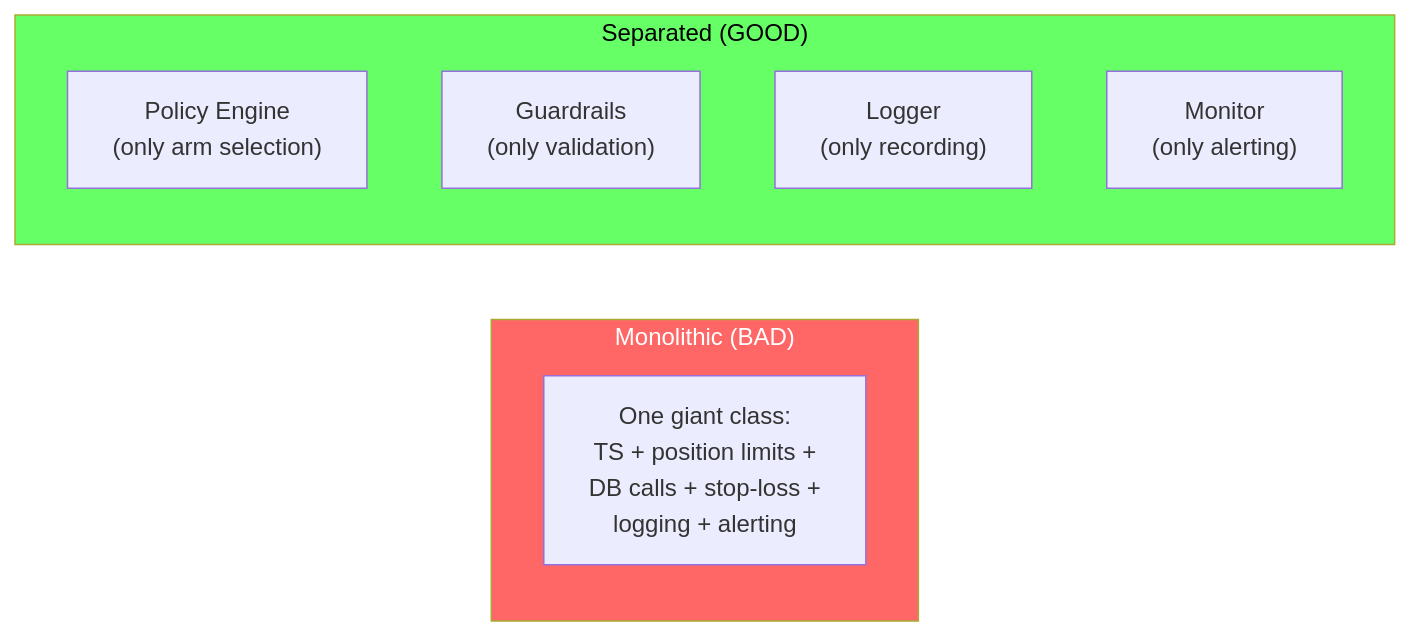
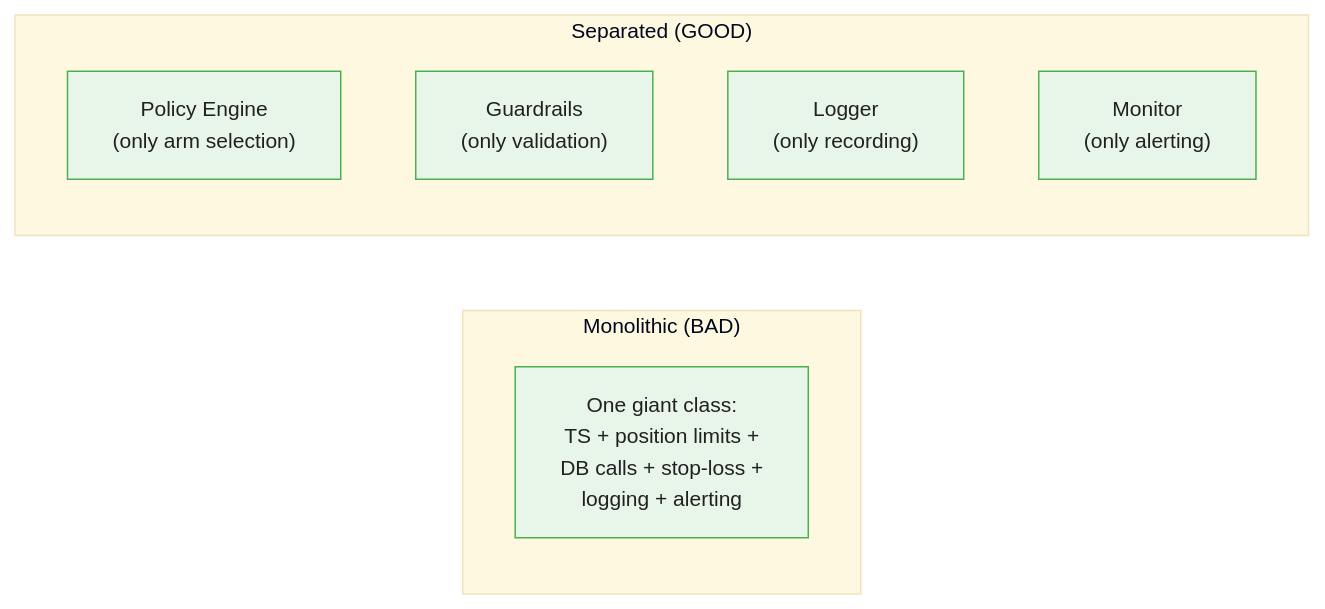
The third of 4 diagrams in courses/multi-armed-bandits-ab-testing/modules/module_07_production_systems/guides/01_bandit_system_architecture_slides.md (m-deane/course-creator), drawn with Mermaid before and after one commit. The commit also changed other lines of this file and 146 other files, not shown here.

````diff
--- a/courses/multi-armed-bandits-ab-testing/modules/module_07_production_systems/guides/01_bandit_system_architecture_slides.md
+++ b/courses/multi-armed-bandits-ab-testing/modules/module_07_production_systems/guides/01_bandit_system_architecture_slides.md
@@ -175,15 +217,13 @@
 ```mermaid
+%%{init: {"theme": "base", "themeVariables": {"primaryColor": "#e8f5e9", "primaryBorderColor": "#4caf50", "primaryTextColor": "#212121", "secondaryColor": "#e3f2fd", "tertiaryColor": "#fff8e1", "lineColor": "#757575", "fontFamily": "Inter, sans-serif", "fontSize": "14px"}}}%%
 flowchart LR
     subgraph Bad["Monolithic (BAD)"]
         Mono["One giant class:<br/>TS + position limits +<br/>DB calls + stop-loss +<br/>logging + alerting"]
     end
     subgraph Good["Separated (GOOD)"]
         P["Policy Engine<br/>(only arm selection)"]
         G["Guardrails<br/>(only validation)"]
         L["Logger<br/>(only recording)"]
         M["Monitor<br/>(only alerting)"]
     end
-
-    style Bad fill:#f66,color:#fff
-    style Good fill:#6f6,color:#000
 ```
````
